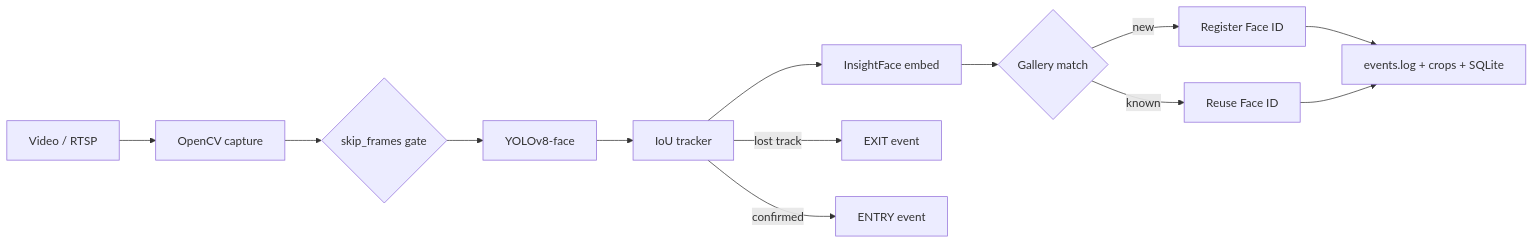
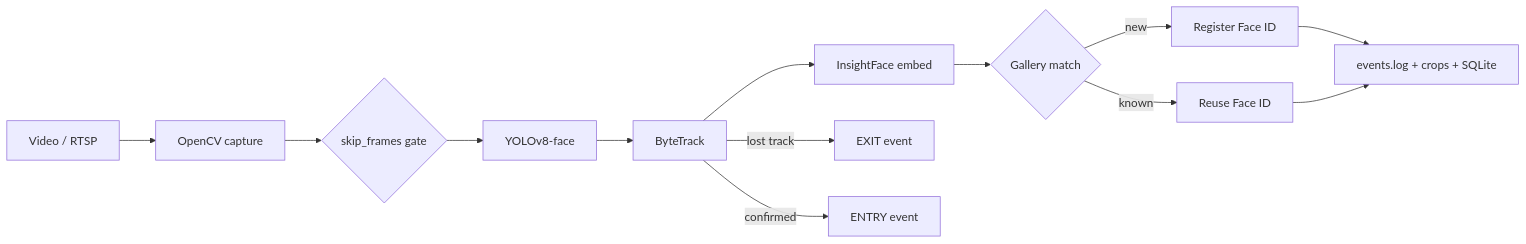
Before and after one commit to 13Muthuselvi/Intelliginet-Face-Tracker: the diagram in README.md, drawn with Mermaid. The commit also changed other lines of this file and 7 other files, not shown here.

Commit message:
Switch tracking to ByteTrack and match faces with cosine 0.30 after L2-normalization.

````diff
--- a/README.md
+++ b/README.md
@@ -19,15 +19,15 @@
 ```mermaid
 flowchart LR
     SRC[Video / RTSP] --> CAP[OpenCV capture]
     CAP --> SKIP{skip_frames gate}
     SKIP --> YOLO[YOLOv8-face]
-    YOLO --> TRK[IoU tracker]
+    YOLO --> TRK[ByteTrack]
     TRK --> REC[InsightFace embed]
     REC --> GAL{Gallery match}
     GAL -->|new| REG[Register Face ID]
     GAL -->|known| RID[Reuse Face ID]
     REG --> LOG[events.log + crops + SQLite]
     RID --> LOG
     TRK -->|lost track| EXIT[EXIT event]
     TRK -->|confirmed| ENTRY[ENTRY event]
 ```
````
